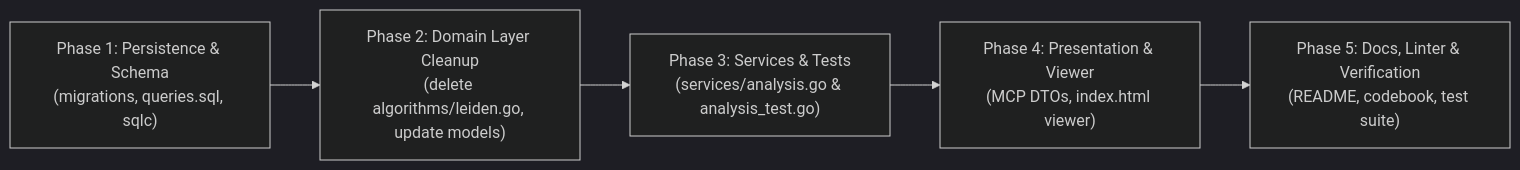
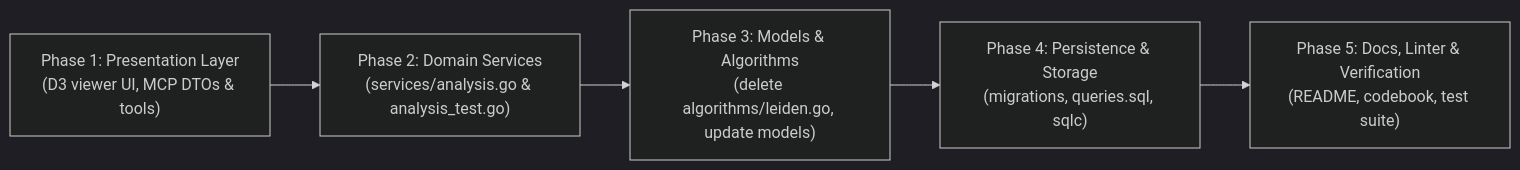
The second of 2 diagrams in docs/plans/remove-leiden-algorithm.md (coreofscience/go-bibx), drawn with Mermaid (dark theme) before and after one commit. The commit also changed other lines of this file, not shown here.

Commit message:
docs: order plan top-down from presentation to storage

````diff
--- a/docs/plans/remove-leiden-algorithm.md
+++ b/docs/plans/remove-leiden-algorithm.md
@@ -224,7 +231,7 @@
 ```mermaid
 flowchart LR
-    Phase1["Phase 1: Persistence & Schema\n(migrations, queries.sql, sqlc)"] --> Phase2["Phase 2: Domain Layer Cleanup\n(delete algorithms/leiden.go, update models)"]
-    Phase2 --> Phase3["Phase 3: Services & Tests\n(services/analysis.go & analysis_test.go)"]
-    Phase3 --> Phase4["Phase 4: Presentation & Viewer\n(MCP DTOs, index.html viewer)"]
+    Phase1["Phase 1: Presentation Layer\n(D3 viewer UI, MCP DTOs & tools)"] --> Phase2["Phase 2: Domain Services\n(services/analysis.go & analysis_test.go)"]
+    Phase2 --> Phase3["Phase 3: Models & Algorithms\n(delete algorithms/leiden.go, update models)"]
+    Phase3 --> Phase4["Phase 4: Persistence & Storage\n(migrations, queries.sql, sqlc)"]
     Phase4 --> Phase5["Phase 5: Docs, Linter & Verification\n(README, codebook, test suite)"]
 ```
````
